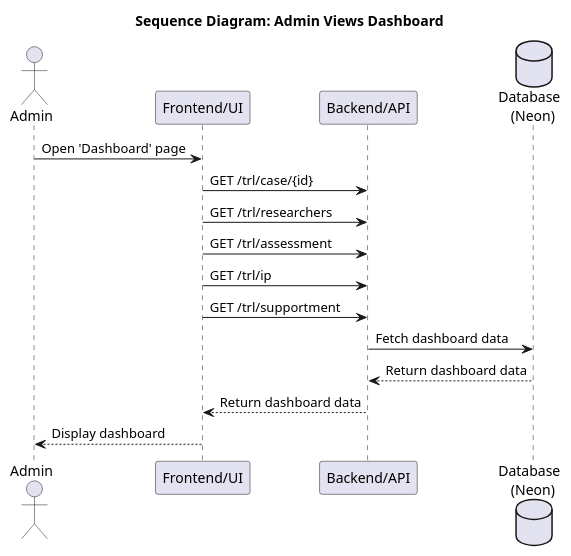
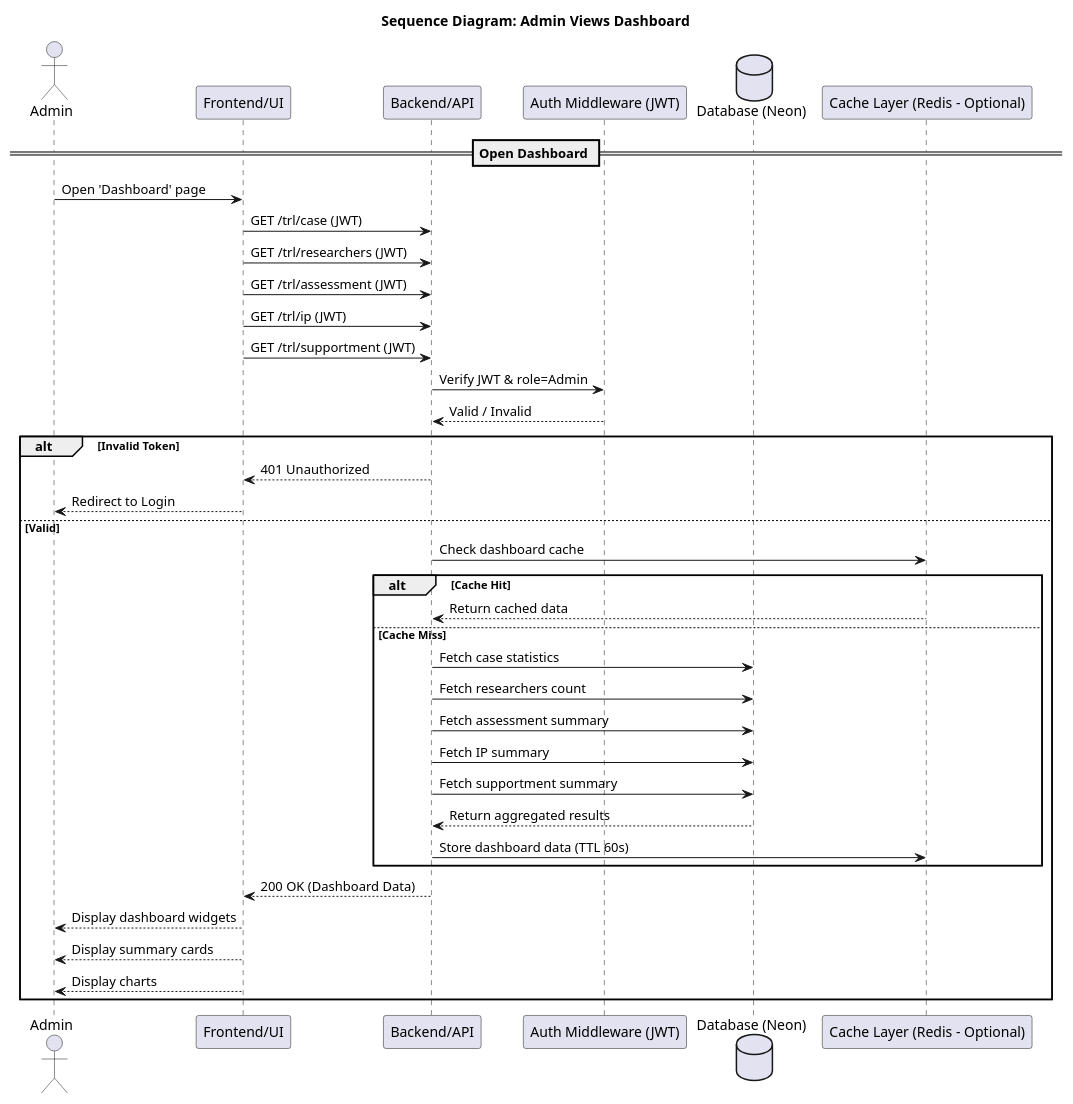
The diagram in sequence diagram/admin/admin_view_dashboard.puml (punyanuch-h/trl-research-frontend), drawn with PlantUML before and after one commit. The commit also changed 30 other files, not shown here.

First line of the commit message:
Fix/sq diagram (#95)

```diff
--- a/sequence diagram/admin/admin_view_dashboard.puml
+++ b/sequence diagram/admin/admin_view_dashboard.puml
@@ -1,20 +1,45 @@
 @startuml
 title Sequence Diagram: Admin Views Dashboard
 
 actor Admin
 participant "Frontend/UI" as UI
 participant "Backend/API" as API
-database "Database \n (Neon)" as DB
+participant "Auth Middleware (JWT)" as AUTH
+database "Database (Neon)" as DB
+participant "Cache Layer (Redis - Optional)" as CACHE
 
+== Open Dashboard ==
 Admin -> UI: Open 'Dashboard' page
-UI -> API: GET /trl/case/{id}
-UI -> API: GET /trl/researchers
-UI -> API: GET /trl/assessment
-UI -> API: GET /trl/ip
-UI -> API: GET /trl/supportment
-API -> DB: Fetch dashboard data
-DB --> API: Return dashboard data
-API --> UI: Return dashboard data
-UI --> Admin: Display dashboard
+UI -> API: GET /trl/case (JWT)
+UI -> API: GET /trl/researchers (JWT)
+UI -> API: GET /trl/assessment (JWT)
+UI -> API: GET /trl/ip (JWT)
+UI -> API: GET /trl/supportment (JWT)
+API -> AUTH: Verify JWT & role=Admin
+AUTH --> API: Valid / Invalid
+
+alt Invalid Token
+    API --> UI: 401 Unauthorized
+    UI --> Admin: Redirect to Login
+else Valid
+    API -> CACHE: Check dashboard cache
+    alt Cache Hit
+        CACHE --> API: Return cached data
+    else Cache Miss
+        API -> DB: Fetch case statistics
+        API -> DB: Fetch researchers count
+        API -> DB: Fetch assessment summary
+        API -> DB: Fetch IP summary
+        API -> DB: Fetch supportment summary
+        DB --> API: Return aggregated results
+        API -> CACHE: Store dashboard data (TTL 60s)
+    end
+    API --> UI: 200 OK (Dashboard Data)
+    UI --> Admin: Display dashboard widgets
+    UI --> Admin: Display summary cards
+    UI --> Admin: Display charts
+end
+
+
 
 @enduml
```
